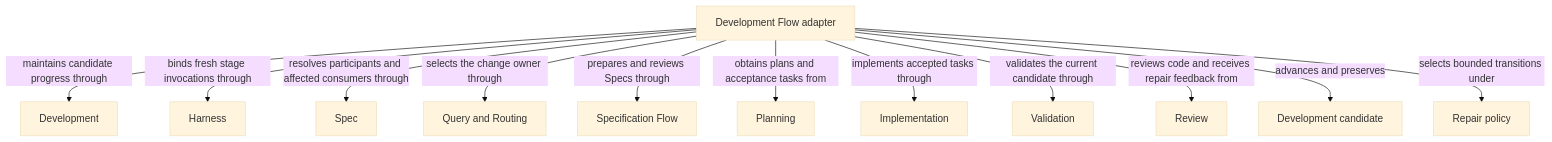
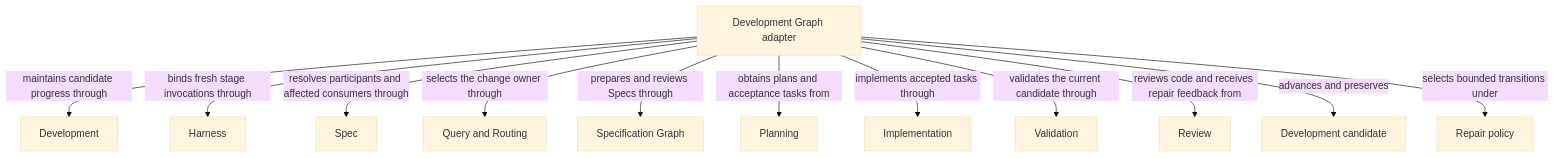
One commit to FTOD/concorde changed the diagram in specs/concorde/dev-loop/module.md. Above: the diagram before and after it, drawn with Mermaid (base theme). The commit also changed other lines of this file and 449 other files, not shown here.

Commit message:
refactor: unify executable Operations and LangGraph graphs

````diff
--- a/specs/concorde/dev-loop/module.md
+++ b/specs/concorde/dev-loop/module.md
@@ -73,28 +73,28 @@
 ```mermaid
 flowchart TB
-    accTitle: Development Flow entities and dependencies
-    accDescr: Development Flow records one candidate and bounded repair policy while sibling providers route intent, prepare Specs, plan tasks, implement code, validate the candidate and independently review code.
-    e0["Development Flow adapter"]
+    accTitle: Development Graph entities and dependencies
+    accDescr: Development Graph records one candidate and bounded repair policy while sibling providers route intent, prepare Specs, plan tasks, implement code, validate the candidate and independently review code.
+    e0["Development Graph adapter"]
     e1["Development"]
     e2["Harness"]
     e3["Spec"]
     e4["Query and Routing"]
-    e5["Specification Flow"]
+    e5["Specification Graph"]
     e6["Planning"]
     e7["Implementation"]
     e8["Validation"]
     e9["Review"]
     e0 -->|maintains candidate progress through| e1
     e0 -->|binds fresh stage invocations through| e2
     e0 -->|resolves participants and affected consumers through| e3
     e0 -->|selects the change owner through| e4
     e0 -->|prepares and reviews Specs through| e5
     e0 -->|obtains plans and acceptance tasks from| e6
     e0 -->|implements accepted tasks through| e7
     e0 -->|validates the current candidate through| e8
     e0 -->|reviews code and receives repair feedback from| e9
     domain_candidate["Development candidate"]
     e0 -->|advances and preserves| domain_candidate
     domain_repair["Repair policy"]
     e0 -->|selects bounded transitions under| domain_repair
 ```
````
